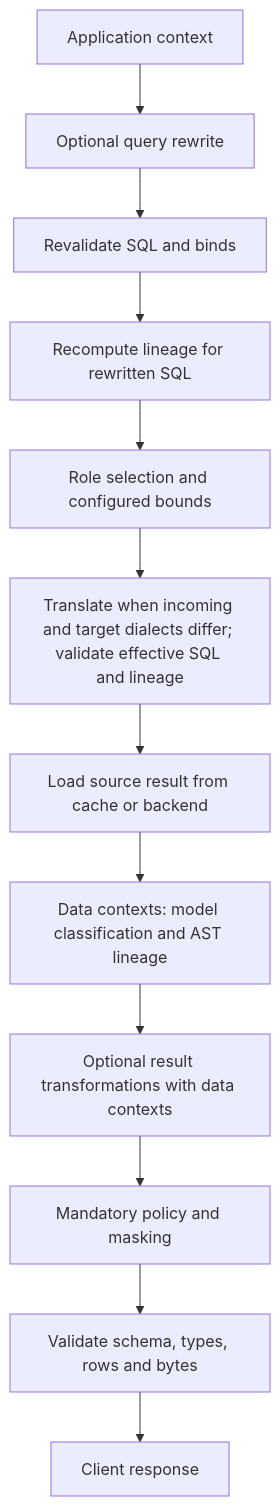
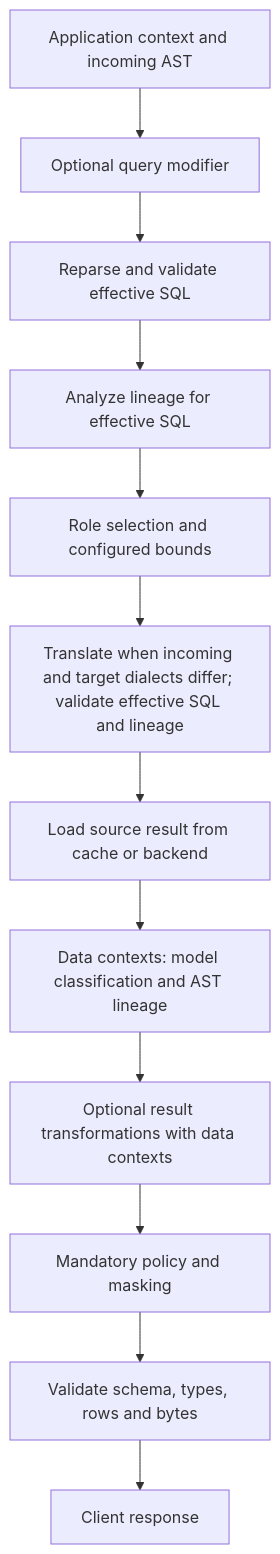
One commit to AbhiSinha08/yasp-analytics-proxy changed the diagram in docs/extensions.md. Above: the diagram before and after it, drawn with Mermaid. The commit also changed other lines of this file and 28 other files, not shown here.

````diff
--- a/docs/extensions.md
+++ b/docs/extensions.md
@@ -241,14 +263,14 @@
 ```mermaid
 flowchart TD
-    Context[Application context] --> Rewrite[Optional query rewrite]
-    Rewrite --> Validate[Revalidate SQL and binds]
-    Validate --> Lineage[Recompute lineage for rewritten SQL]
+    Context[Application context and incoming AST] --> Rewrite[Optional query modifier]
+    Rewrite --> Validate[Reparse and validate effective SQL]
+    Validate --> Lineage[Analyze lineage for effective SQL]
     Lineage --> Route[Role selection and configured bounds]
     Route --> Translate[Translate when incoming and target dialects differ; validate effective SQL and lineage]
     Translate --> Source[Load source result from cache or backend]
     Source --> DataContexts[Data contexts: model classification and AST lineage]
     DataContexts --> Transform[Optional result transformations with data contexts]
     Transform --> Mask[Mandatory policy and masking]
     Mask --> Check[Validate schema, types, rows and bytes]
     Check --> Client[Client response]
 ```
````
